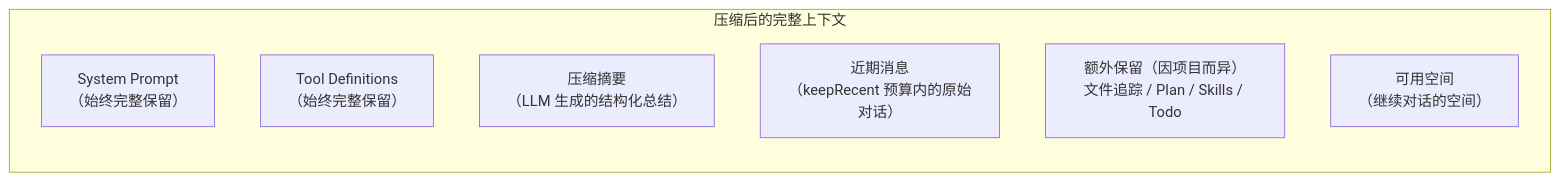
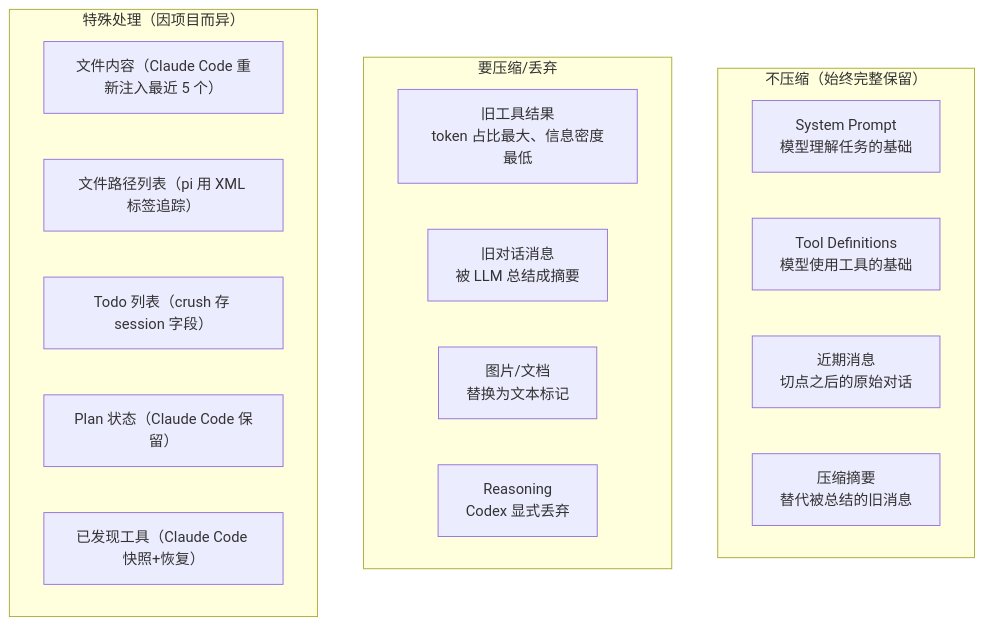
One commit to SmilingWalker/SmilingWalker.github.io changed the second of 2 diagrams in src/content/posts/code-agent-compaction-原理.md. Above: the diagram before and after it, drawn with Mermaid. The commit also changed other lines of this file and 1 other file, not shown here.

````diff
--- a/src/content/posts/code-agent-compaction-原理.md
+++ b/src/content/posts/code-agent-compaction-原理.md
@@ -455,12 +63,24 @@
 ```mermaid
 flowchart TB
-    subgraph 压缩后["压缩后的完整上下文"]
-        direction TB
-        SYS["System Prompt<br/>（始终完整保留）"]
-        TOOLS["Tool Definitions<br/>（始终完整保留）"]
-        SUMMARY["压缩摘要<br/>（LLM 生成的结构化总结）"]
-        RECENT["近期消息<br/>（keepRecent 预算内的原始对话）"]
-        EXTRA["额外保留（因项目而异）<br/>文件追踪 / Plan / Skills / Todo"]
-        FREE["可用空间<br/>（继续对话的空间）"]
+    subgraph 不压缩["不压缩（始终完整保留）"]
+        N1["System Prompt<br/>模型理解任务的基础"]
+        N2["Tool Definitions<br/>模型使用工具的基础"]
+        N3["近期消息<br/>切点之后的原始对话"]
+        N4["压缩摘要<br/>替代被总结的旧消息"]
+    end
+
+    subgraph 压缩["要压缩/丢弃"]
+        Y1["旧工具结果<br/>token 占比最大、信息密度最低"]
+        Y2["旧对话消息<br/>被 LLM 总结成摘要"]
+        Y3["图片/文档<br/>替换为文本标记"]
+        Y4["Reasoning<br/>Codex 显式丢弃"]
+    end
+
+    subgraph 特殊["特殊处理（因项目而异）"]
+        SP1["文件内容（Claude Code 重新注入最近 5 个）"]
+        SP2["文件路径列表（pi 用 XML 标签追踪）"]
+        SP3["Todo 列表（crush 存 session 字段）"]
+        SP4["Plan 状态（Claude Code 保留）"]
+        SP5["已发现工具（Claude Code 快照+恢复）"]
     end
 ```
````
